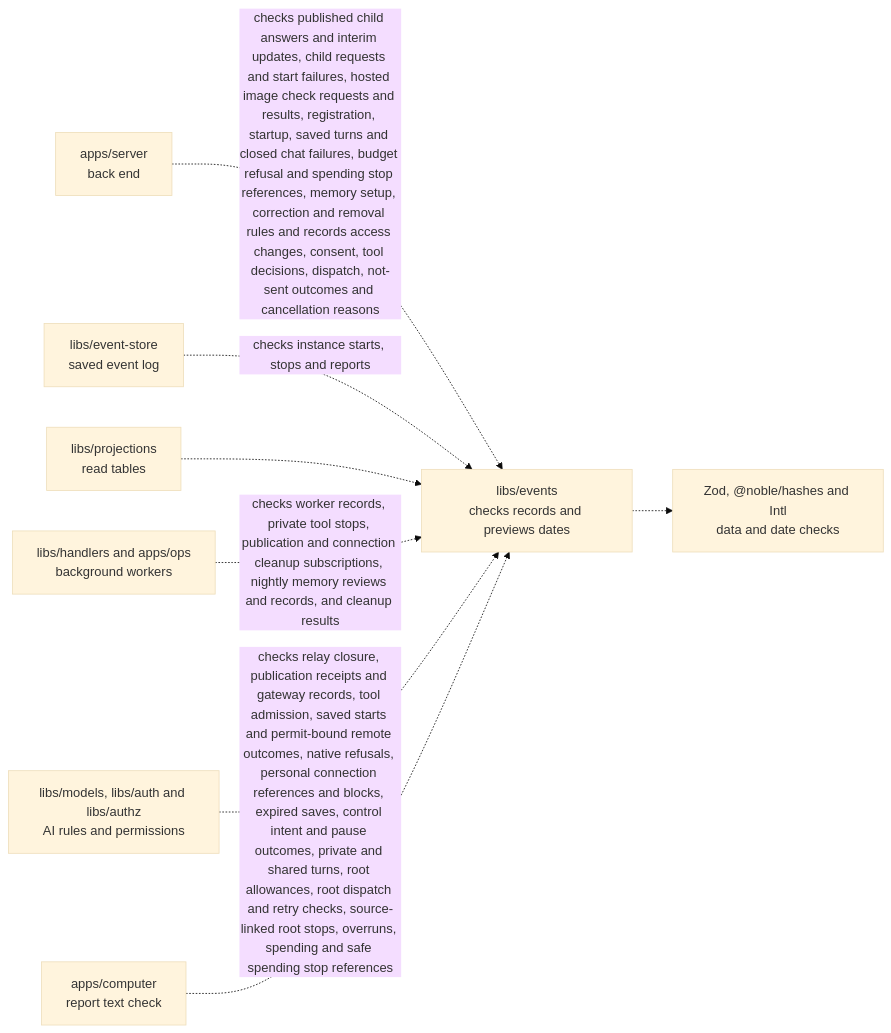
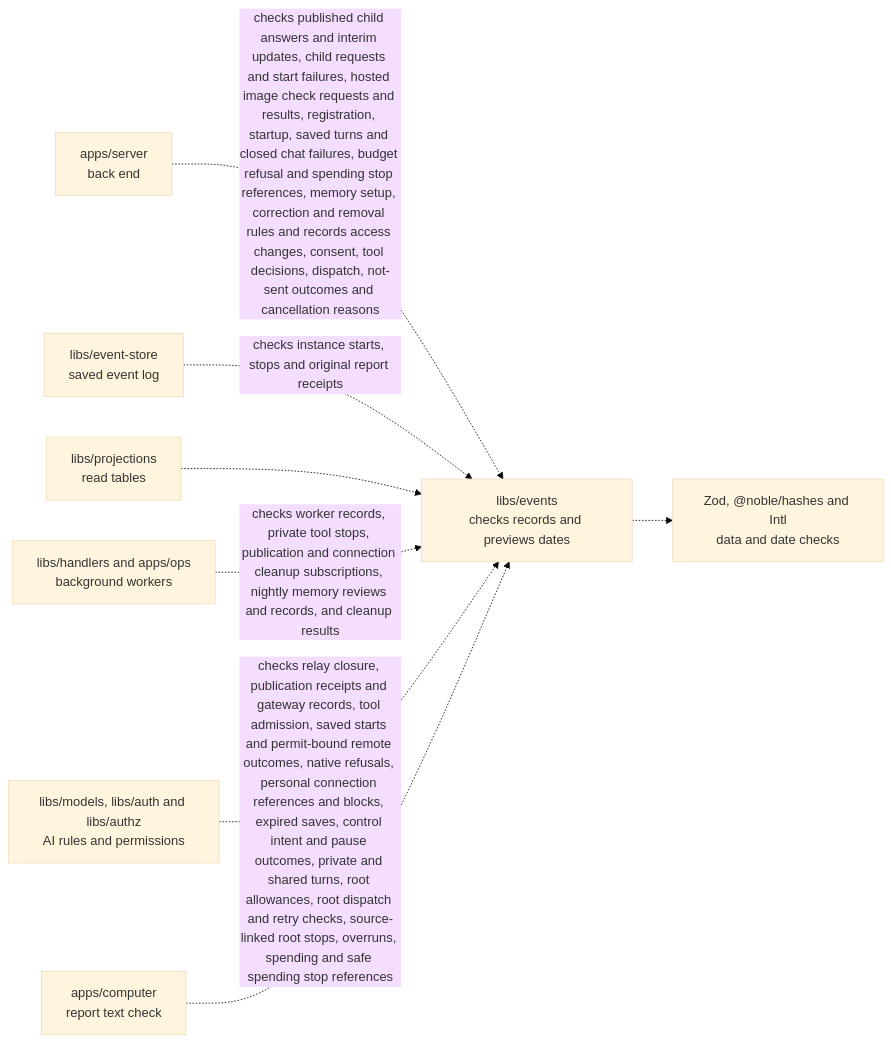
One commit to elewa-git/opencrane-new changed the diagram in libs/events/README.md. Above: the diagram before and after it, drawn with Mermaid (base theme). The commit also changed other lines of this file and 16 other files, not shown here.

````diff
--- a/libs/events/README.md
+++ b/libs/events/README.md
@@ -27,10 +27,10 @@
 ```mermaid
 flowchart LR
   server["apps/server<br/>back end"] -.->|checks published child answers and interim updates, child requests and start failures, hosted image check requests and results, registration, startup, saved turns and closed chat failures, budget refusal and spending stop references, memory setup, correction and removal rules and records access changes, consent, tool decisions, dispatch, not-sent outcomes and cancellation reasons| events["libs/events<br/>checks records and previews dates"]
-  store["libs/event-store<br/>saved event log"] -.->|checks instance starts, stops and reports| events
+  store["libs/event-store<br/>saved event log"] -.->|checks instance starts, stops and original report receipts| events
   projections["libs/projections<br/>read tables"] -.-> events
   workers["libs/handlers and apps/ops<br/>background workers"] -.->|checks worker records, private tool stops, publication and connection cleanup subscriptions, nightly memory reviews and records, and cleanup results| events
   others["libs/models, libs/auth and libs/authz<br/>AI rules and permissions"] -.->|checks relay closure, publication receipts and gateway records, tool admission, saved starts and permit-bound remote outcomes, native refusals, personal connection references and blocks, expired saves, control intent and pause outcomes, private and shared turns, root allowances, root dispatch and retry checks, source-linked root stops, overruns, spending and safe spending stop references| events
   computer["apps/computer<br/>report text check"] -.-> events
   events -.-> checks["Zod, @noble/hashes and Intl<br/>data and date checks"]
 ```
````
